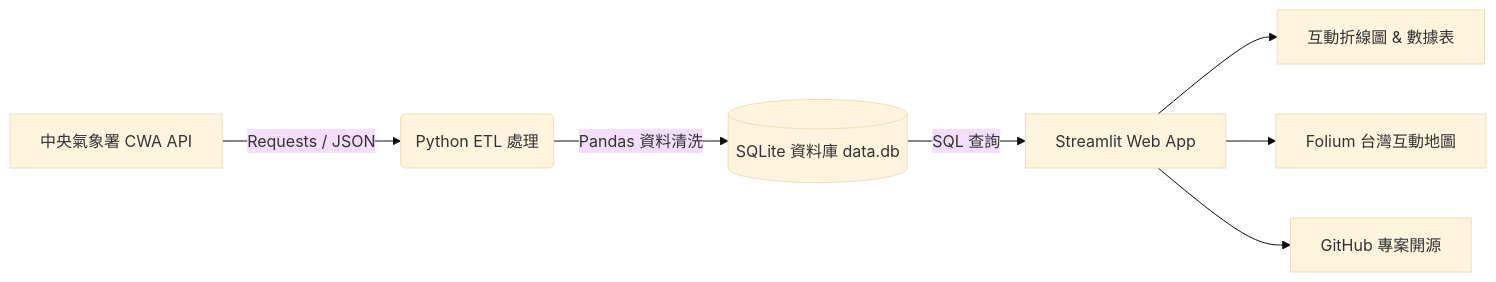
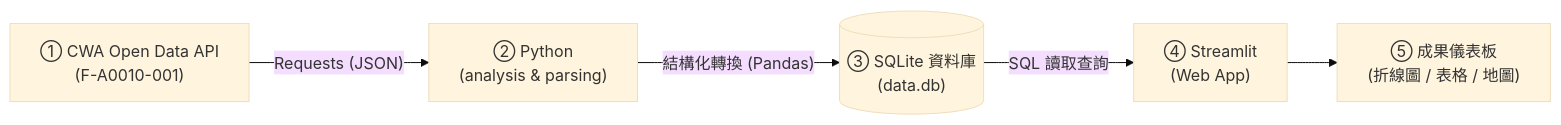
One commit to YuWen0621/0923 changed the diagram in README.md. Above: the diagram before and after it, drawn with Mermaid (base theme). The commit also changed other lines of this file and 1 other file, not shown here.

````diff
--- a/README.md
+++ b/README.md
@@ -44,9 +41,7 @@
 ```mermaid
 flowchart LR
-    A[中央氣象署 CWA API] -->|Requests / JSON| B(Python ETL 處理)
-    B -->|Pandas 資料清洗| C[(SQLite 資料庫 data.db)]
-    C -->|SQL 查詢| D[Streamlit Web App]
-    D --> E[互動折線圖 & 數據表]
-    D --> F[Folium 台灣互動地圖]
-    D --> G[GitHub 專案開源]
+    A["① CWA Open Data API<br>(F-A0010-001)"] -->|"Requests (JSON)"| B["② Python<br>(analysis & parsing)"]
+    B -->|"結構化轉換 (Pandas)"| C[("③ SQLite 資料庫<br>(data.db)")]
+    C -->|"SQL 讀取查詢"| D["④ Streamlit<br>(Web App)"]
+    D --> E["⑤ 成果儀表板<br>(折線圖 / 表格 / 地圖)"]
 ```
````
